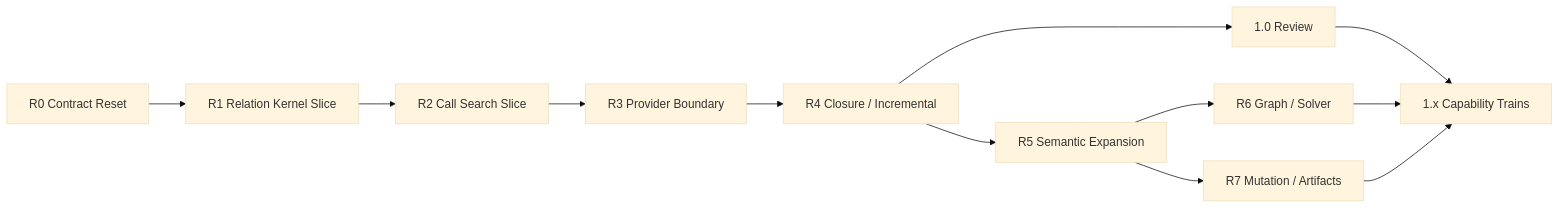
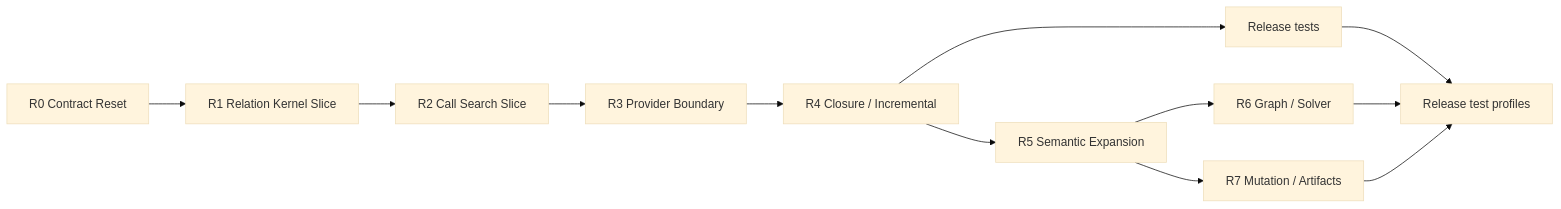
Before and after one commit to horiyamayoh/cxxlens: the third of 3 diagrams in docs/design/cxxlens_next_generation_integrated_design_ja.md, drawn with Mermaid (base theme). The commit also changed other lines of this file and 257 other files, not shown here.

Commit message:
Adopt test-only development and release policy

````diff
--- a/docs/design/cxxlens_next_generation_integrated_design_ja.md
+++ b/docs/design/cxxlens_next_generation_integrated_design_ja.md
@@ -6153,24 +5925,24 @@
 ```mermaid
 flowchart LR
     R0["R0 Contract Reset"]
     R1["R1 Relation Kernel Slice"]
     R2["R2 Call Search Slice"]
     R3["R3 Provider Boundary"]
     R4["R4 Closure / Incremental"]
     R5["R5 Semantic Expansion"]
     R6["R6 Graph / Solver"]
     R7["R7 Mutation / Artifacts"]
-    V1["1.0 Review"]
+    RT["Release tests"]
 
     R0 --> R1
     R1 --> R2
     R2 --> R3
     R3 --> R4
     R4 --> R5
-    R4 --> V1
+    R4 --> RT
     R5 --> R6
     R5 --> R7
-    V1 --> V1X["1.x Capability Trains"]
-    R6 --> V1X
-    R7 --> V1X
+    RT --> RTX["Release test profiles"]
+    R6 --> RTX
+    R7 --> RTX
 ```
````
